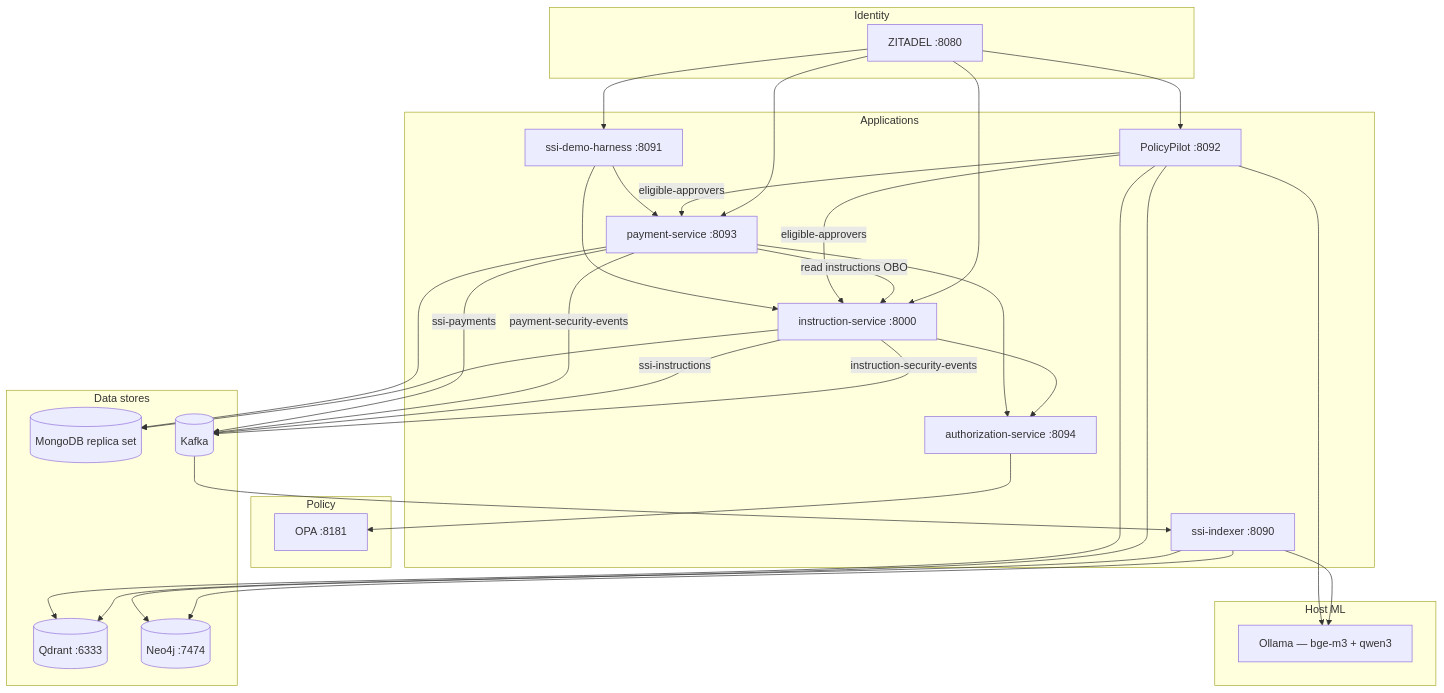
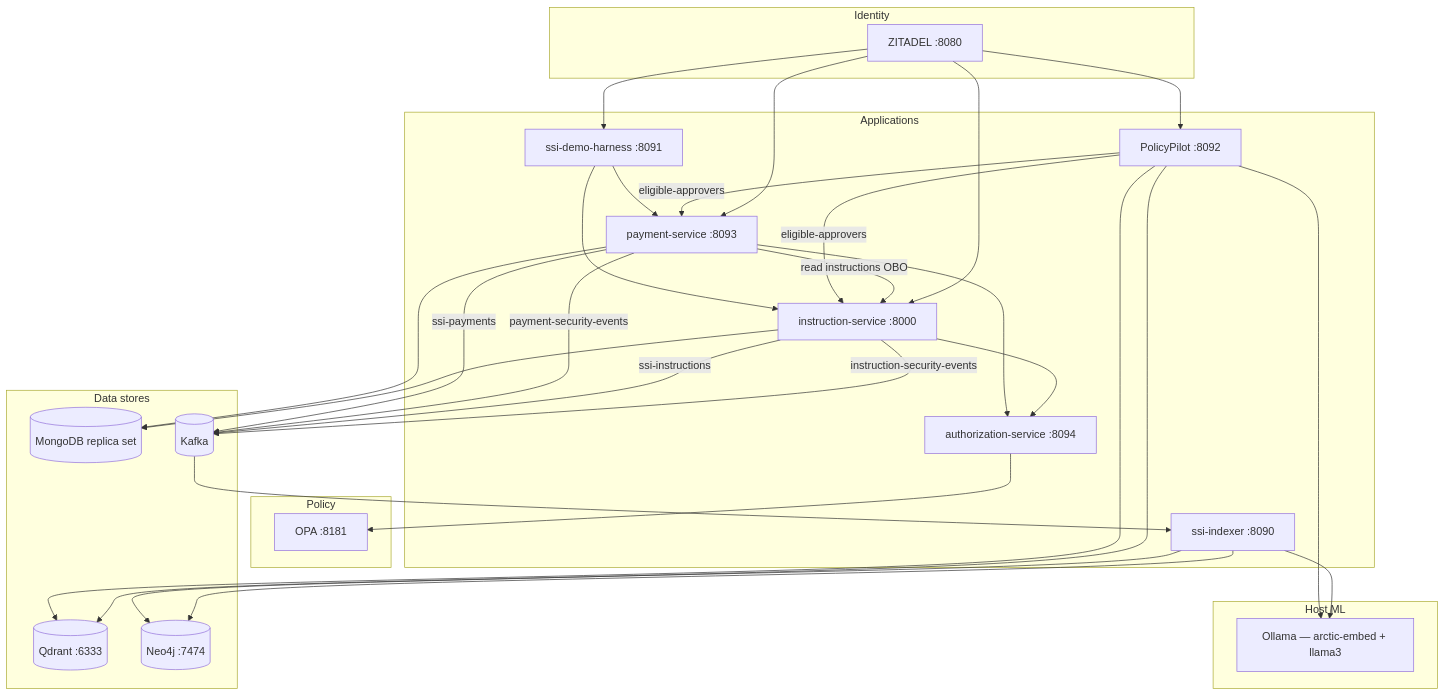
Before and after one commit to sanjuthomas/security-event-rag-demo: the first of 4 diagrams in README.md, drawn with Mermaid. The commit also changed other lines of this file and 10 other files, not shown here.

First line of the commit message:
Externalize Ollama models via .env and switch defaults to arctic-embed + llama3:8b.

````diff
--- a/README.md
+++ b/README.md
@@ -43,56 +43,56 @@
 ```mermaid
 flowchart TB
     subgraph auth [Identity]
         ZITADEL[ZITADEL :8080]
     end
 
     subgraph apps [Applications]
         ILM[instruction-service :8000]
         PAY[payment-service :8093]
         AUTHZ[authorization-service :8094]
         HARNESS[ssi-demo-harness :8091]
         ETL[ssi-indexer :8090]
         CHAT[PolicyPilot :8092]
     end
 
     subgraph policy [Policy]
         OPA[OPA :8181]
     end
 
     subgraph stores [Data stores]
         MONGO[(MongoDB replica set)]
         KAFKA[(Kafka)]
         QD[(Qdrant :6333)]
         NEO[(Neo4j :7474)]
     end
 
     subgraph ml [Host ML]
-        OLLAMA[Ollama — bge-m3 + qwen3]
+        OLLAMA[Ollama — arctic-embed + llama3]
     end
 
     ZITADEL --> ILM
     ZITADEL --> PAY
     ZITADEL --> HARNESS
     ZITADEL --> CHAT
     ILM --> AUTHZ
     PAY --> AUTHZ
     AUTHZ --> OPA
     ILM --> MONGO
     PAY --> MONGO
     PAY -->|read instructions OBO| ILM
     ILM -->|instruction-security-events| KAFKA
     ILM -->|ssi-instructions| KAFKA
     PAY -->|payment-security-events| KAFKA
     PAY -->|ssi-payments| KAFKA
     KAFKA --> ETL
     ETL --> QD
     ETL --> NEO
     ETL --> OLLAMA
     CHAT --> QD
     CHAT --> NEO
     CHAT --> OLLAMA
     CHAT -->|eligible-approvers| ILM
     CHAT -->|eligible-approvers| PAY
     HARNESS --> ILM
     HARNESS --> PAY
 ```
````
